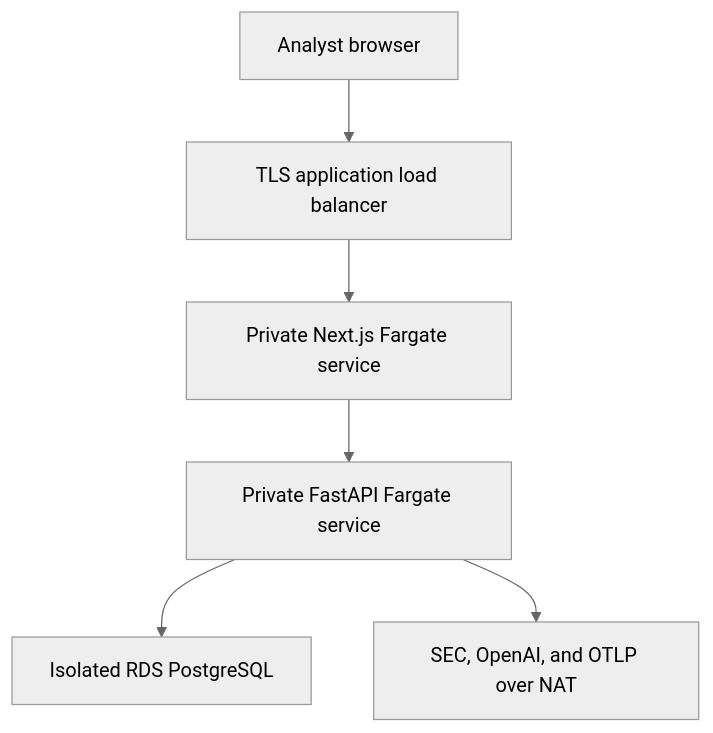
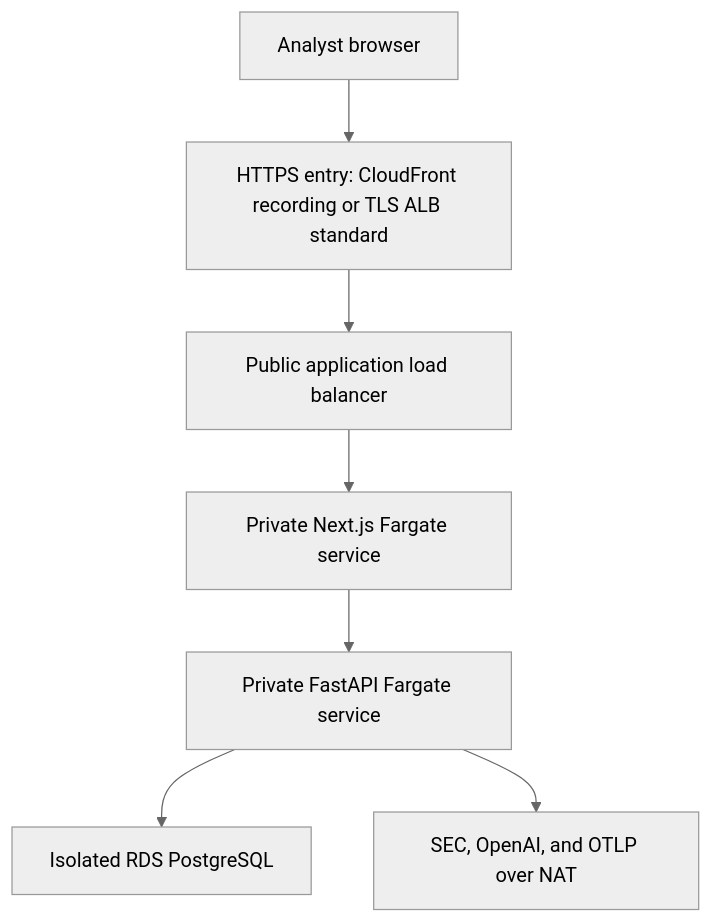
One commit to GowthamKondabolu/finsight-ai changed the diagram in docs/aws_deployment.md. Above: the diagram before and after it, drawn with Mermaid (neutral theme). The commit also changed other lines of this file and 16 other files, not shown here.

````diff
--- a/docs/aws_deployment.md
+++ b/docs/aws_deployment.md
@@ -5,8 +5,9 @@
 ```mermaid
 flowchart TD
-    U["Analyst browser"] --> ALB["TLS application load balancer"]
+    U["Analyst browser"] --> EDGE["HTTPS entry: CloudFront recording or TLS ALB standard"]
+    EDGE --> ALB["Public application load balancer"]
     ALB --> WEB["Private Next.js Fargate service"]
     WEB --> API["Private FastAPI Fargate service"]
     API --> DB["Isolated RDS PostgreSQL"]
     API --> EXT["SEC, OpenAI, and OTLP over NAT"]
 ```
````
